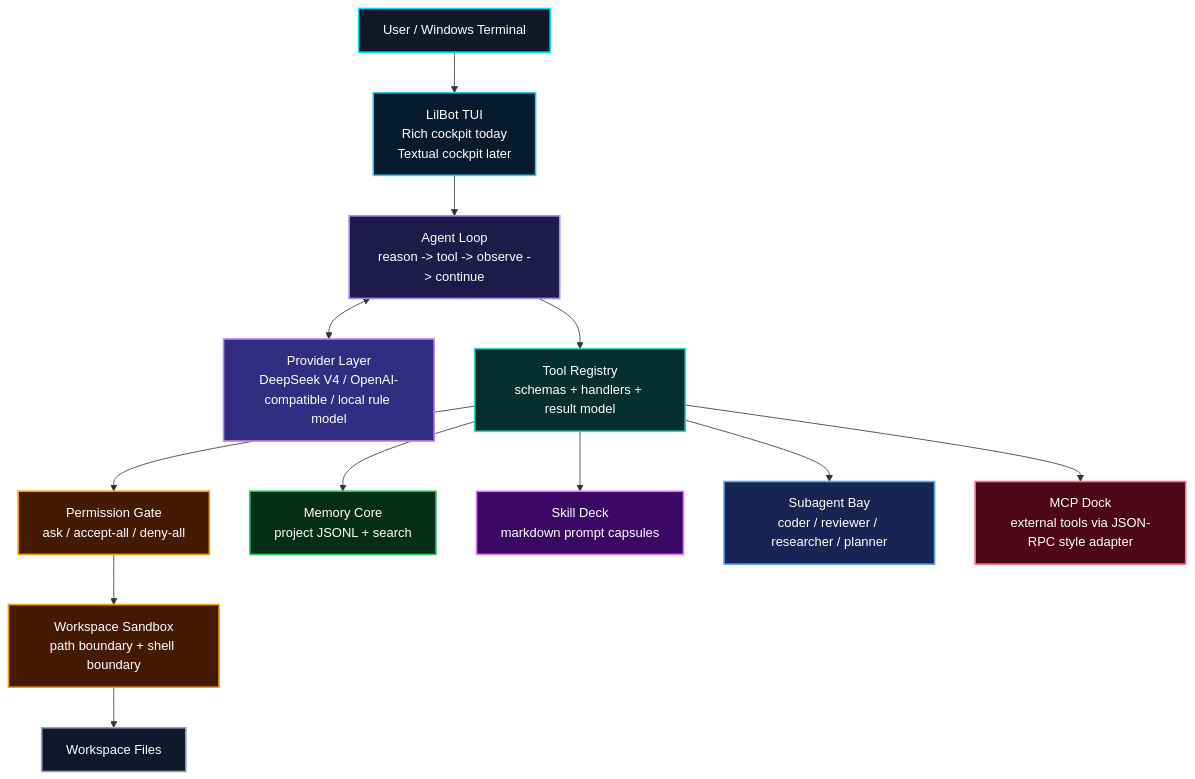
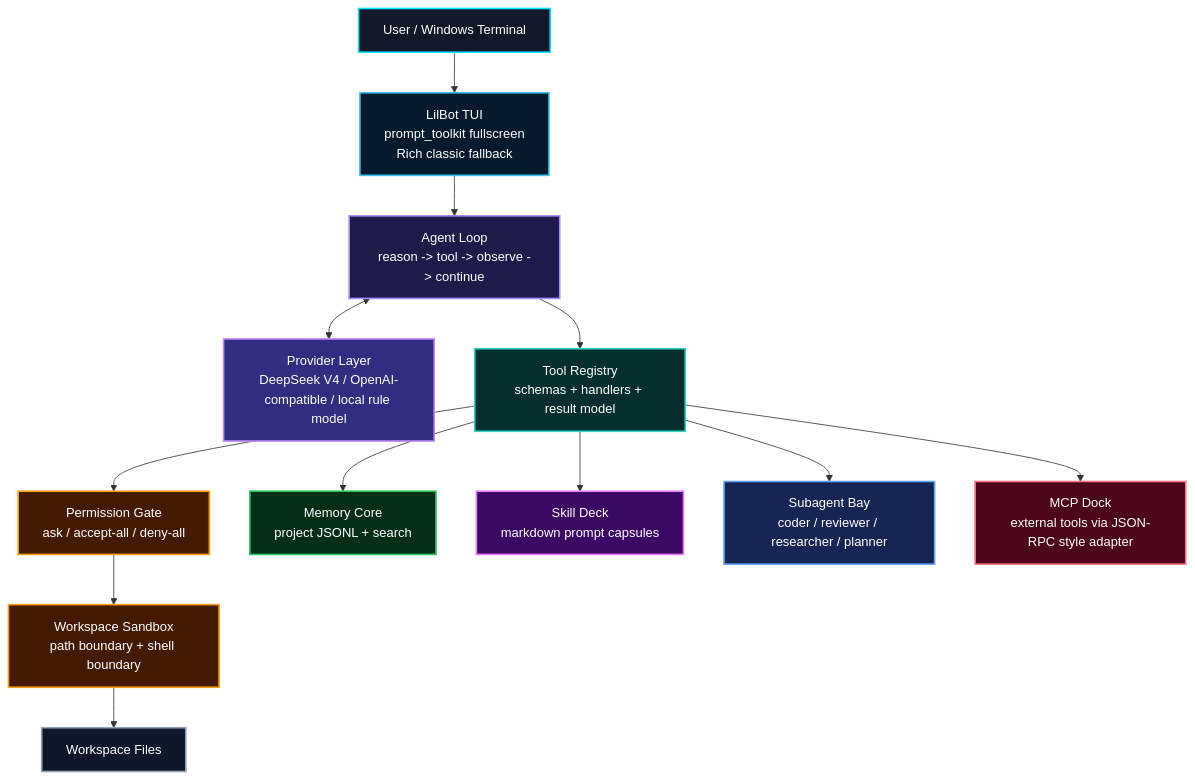
Before and after one commit to terrense/LilBot-agent: the first of 6 diagrams in README.md, drawn with Mermaid. The commit also changed other lines of this file and 3 other files, not shown here.

````diff
--- a/README.md
+++ b/README.md
@@ -99,37 +99,37 @@
 ```mermaid
 flowchart TB
     User["User / Windows Terminal"]:::human
-    TUI["LilBot TUI\nRich cockpit today\nTextual cockpit later"]:::ui
+    TUI["LilBot TUI\nprompt_toolkit fullscreen\nRich classic fallback"]:::ui
     Loop["Agent Loop\nreason -> tool -> observe -> continue"]:::core
     Provider["Provider Layer\nDeepSeek V4 / OpenAI-compatible / local rule model"]:::model
     Registry["Tool Registry\nschemas + handlers + result model"]:::tool
     Gate["Permission Gate\nask / accept-all / deny-all"]:::guard
     Sandbox["Workspace Sandbox\npath boundary + shell boundary"]:::guard
     Memory["Memory Core\nproject JSONL + search"]:::memory
     Skills["Skill Deck\nmarkdown prompt capsules"]:::skill
     Subagents["Subagent Bay\ncoder / reviewer / researcher / planner"]:::agent
     MCP["MCP Dock\nexternal tools via JSON-RPC style adapter"]:::mcp
     Files["Workspace Files"]:::data
 
     User --> TUI --> Loop
     Loop <--> Provider
     Loop --> Registry
     Registry --> Gate --> Sandbox
     Sandbox --> Files
     Registry --> Memory
     Registry --> Skills
     Registry --> Subagents
     Registry --> MCP
 
     classDef human fill:#111827,stroke:#00e5ff,color:#ffffff,stroke-width:2px
     classDef ui fill:#061A2E,stroke:#36c5f0,color:#ffffff,stroke-width:2px
     classDef core fill:#1E1B4B,stroke:#a78bfa,color:#ffffff,stroke-width:2px
     classDef model fill:#312E81,stroke:#c084fc,color:#ffffff,stroke-width:2px
     classDef tool fill:#042F2E,stroke:#2dd4bf,color:#ffffff,stroke-width:2px
     classDef guard fill:#451A03,stroke:#f59e0b,color:#ffffff,stroke-width:2px
     classDef memory fill:#052E16,stroke:#22c55e,color:#ffffff,stroke-width:2px
     classDef skill fill:#3B0764,stroke:#e879f9,color:#ffffff,stroke-width:2px
     classDef agent fill:#172554,stroke:#60a5fa,color:#ffffff,stroke-width:2px
     classDef mcp fill:#4C0519,stroke:#fb7185,color:#ffffff,stroke-width:2px
     classDef data fill:#0F172A,stroke:#94a3b8,color:#ffffff,stroke-width:2px
 ```
````
